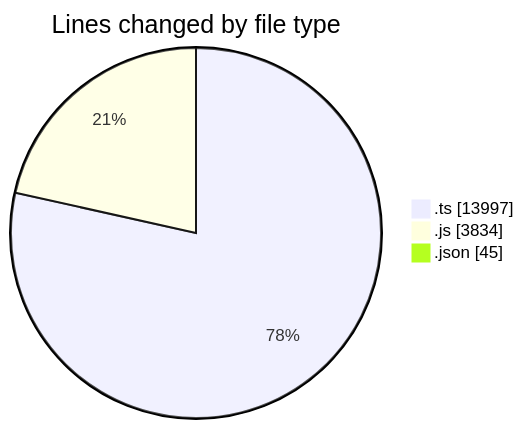
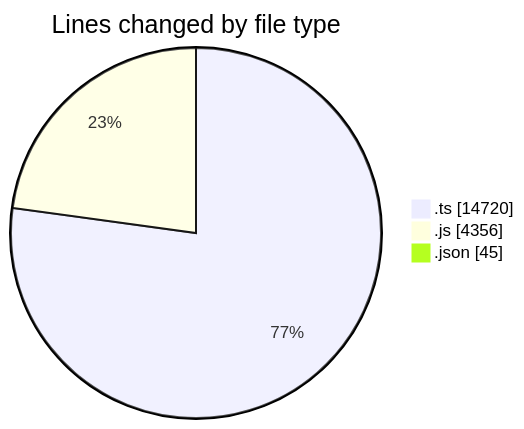
The first of 2 diagrams in 2025-07-29/cda/README.md (momahboobian/code-tracking), drawn with Mermaid before and after one commit. The commit also changed other lines of this file and 1 other file, not shown here.

````diff
--- a/2025-07-29/cda/README.md
+++ b/2025-07-29/cda/README.md
@@ -26,7 +28,7 @@
 ```mermaid
 pie showData
 title Lines changed by file type
-".ts" : 13997
-".js" : 3834
+".ts" : 14720
+".js" : 4356
 ".json" : 45
 ```
````
